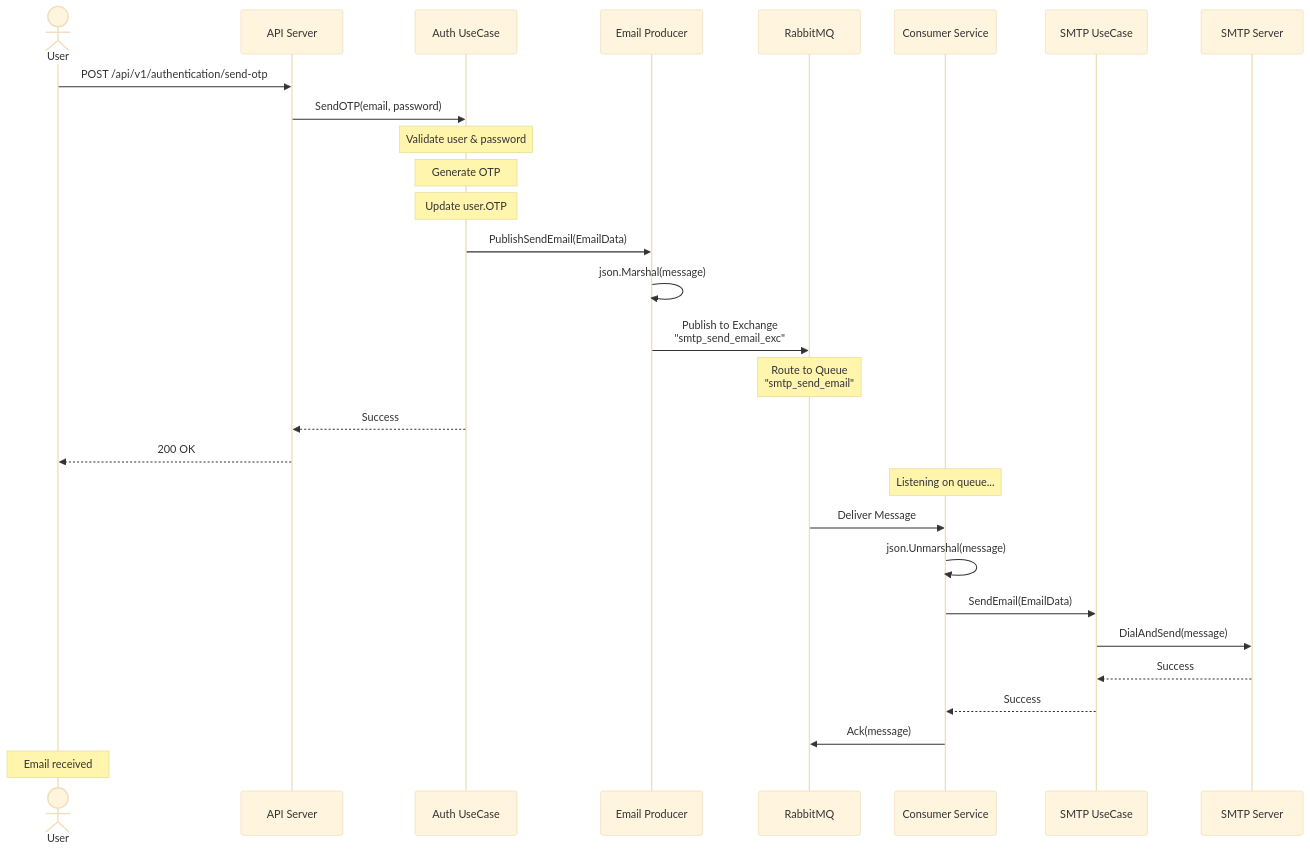
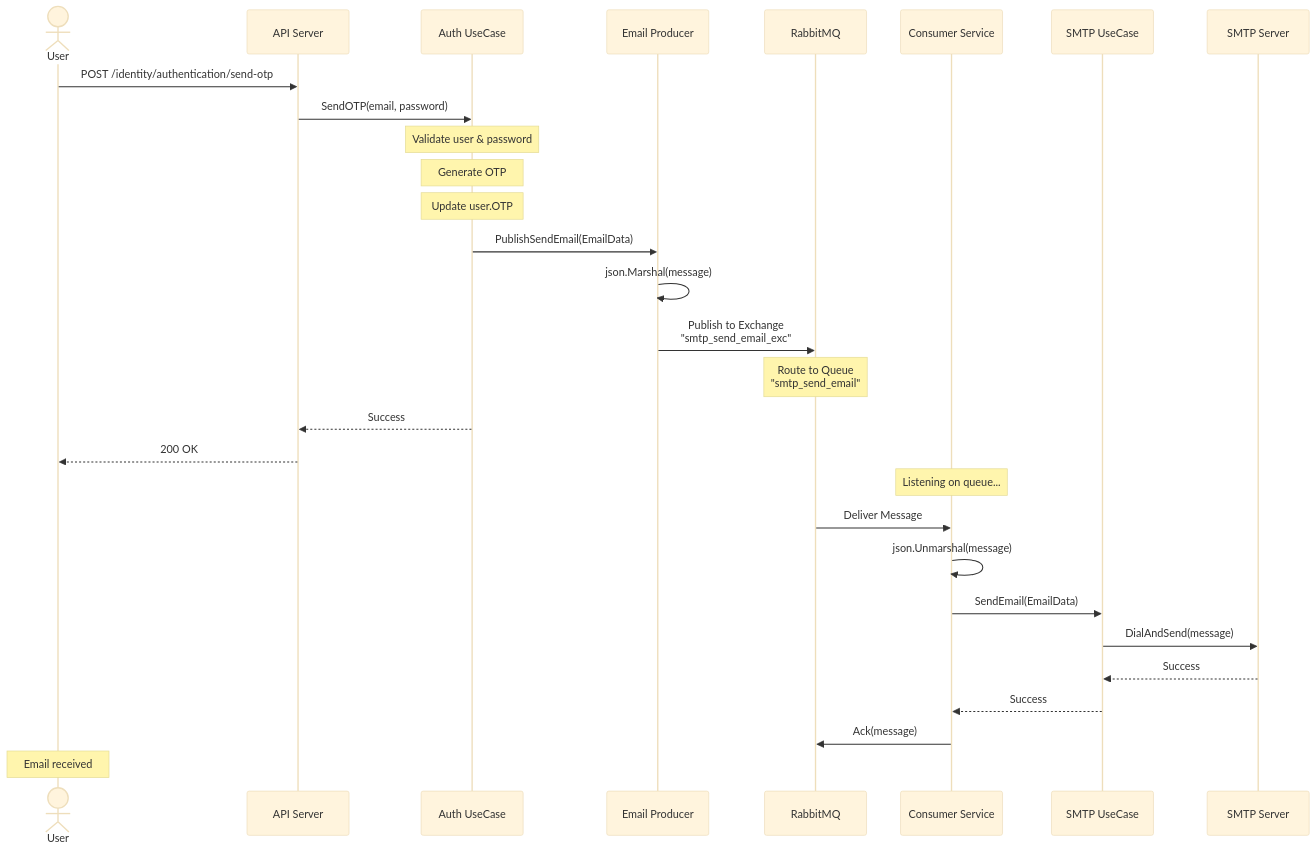
One commit to smap-hcmut/identity-srv changed the diagram in identity/document/consumer_03_flow_diagrams.md. Above: the diagram before and after it, drawn with Mermaid (base theme). The commit also changed 37 other files, not shown here.

Commit message:
feat(identity): refactor API endpoints to use /identity base path; update documentation and handlers for authentication, plans, and subscriptions; implement role-based access control with user roles and password management features

````diff
--- a/identity/document/consumer_03_flow_diagrams.md
+++ b/identity/document/consumer_03_flow_diagrams.md
@@ -5,42 +5,42 @@
 ```mermaid
 sequenceDiagram
     actor User
     participant API as API Server
     participant AuthUC as Auth UseCase
     participant Producer as Email Producer
     participant RabbitMQ as RabbitMQ
     participant Consumer as Consumer Service
     participant SMTP_UC as SMTP UseCase
     participant SMTP as SMTP Server
     
-    User->>API: POST /api/v1/authentication/send-otp
+    User->>API: POST /identity/authentication/send-otp
     API->>AuthUC: SendOTP(email, password)
     
     Note over AuthUC: Validate user & password
     Note over AuthUC: Generate OTP
     Note over AuthUC: Update user.OTP
     
     AuthUC->>Producer: PublishSendEmail(EmailData)
     
     Producer->>Producer: json.Marshal(message)
     Producer->>RabbitMQ: Publish to Exchange<br/>"smtp_send_email_exc"
     
     Note over RabbitMQ: Route to Queue<br/>"smtp_send_email"
     
     AuthUC-->>API: Success
     API-->>User: 200 OK
     
     Note over Consumer: Listening on queue...
     
     RabbitMQ->>Consumer: Deliver Message
     Consumer->>Consumer: json.Unmarshal(message)
     Consumer->>SMTP_UC: SendEmail(EmailData)
     
     SMTP_UC->>SMTP: DialAndSend(message)
     SMTP-->>SMTP_UC: Success
     SMTP_UC-->>Consumer: Success
     
     Consumer->>RabbitMQ: Ack(message)
     
     Note over User: Email received
 ```
````
